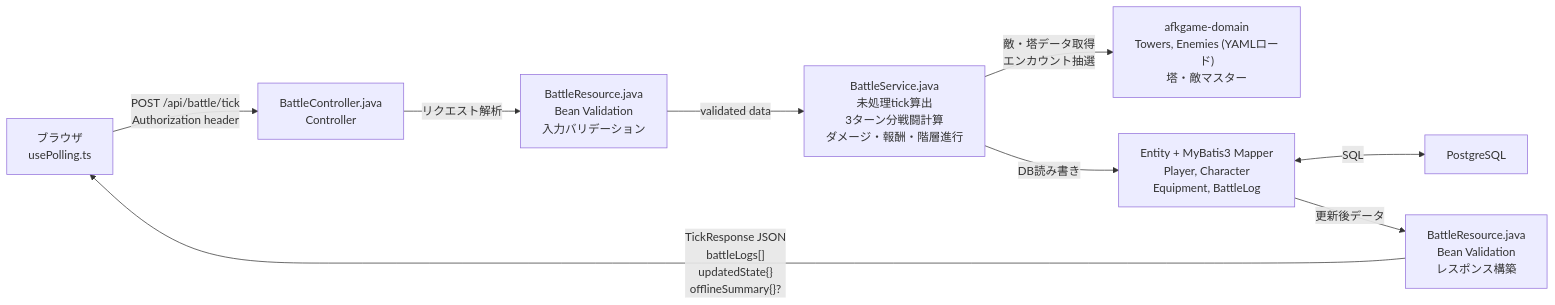
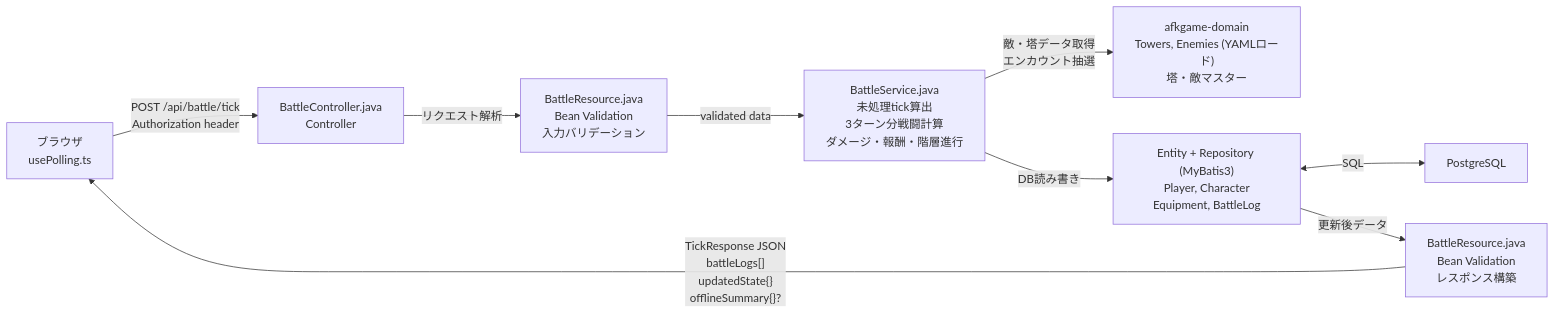
The diagram in docs/diagrams/system_architecture/tick_flow.md (dateeee/2026_AFKGAME), drawn with Mermaid before and after one commit. The commit also changed 64 other files, not shown here.

````diff
--- a/docs/diagrams/system_architecture/tick_flow.md
+++ b/docs/diagrams/system_architecture/tick_flow.md
@@ -7,19 +7,19 @@
 ```mermaid
 %%{init: {'theme': 'default', 'themeVariables': {'fontSize': '16px'}} }%%
 flowchart LR
     Browser["ブラウザ\nusePolling.ts"] -->|"POST /api/battle/tick\nAuthorization header"| Router["BattleController.java\nController"]
 
     Router -->|"リクエスト解析"| Schema1["BattleResource.java\nBean Validation\n入力バリデーション"]
 
     Schema1 -->|"validated data"| Service["BattleService.java\n未処理tick算出\n3ターン分戦闘計算\nダメージ・報酬・階層進行"]
 
     Service -->|"敵・塔データ取得\nエンカウント抽選"| MasterData["afkgame-domain\nTowers, Enemies (YAMLロード)\n塔・敵マスター"]
 
-    Service -->|"DB読み書き"| Model["Entity + MyBatis3 Mapper\nPlayer, Character\nEquipment, BattleLog"]
+    Service -->|"DB読み書き"| Model["Entity + Repository (MyBatis3)\nPlayer, Character\nEquipment, BattleLog"]
 
     Model <-->|"SQL"| Database["PostgreSQL"]
 
     Model -->|"更新後データ"| Schema2["BattleResource.java\nBean Validation\nレスポンス構築"]
 
     Schema2 -->|"TickResponse JSON\nbattleLogs[]\nupdatedState{}\nofflineSummary{}?"| Browser
 ```
````
